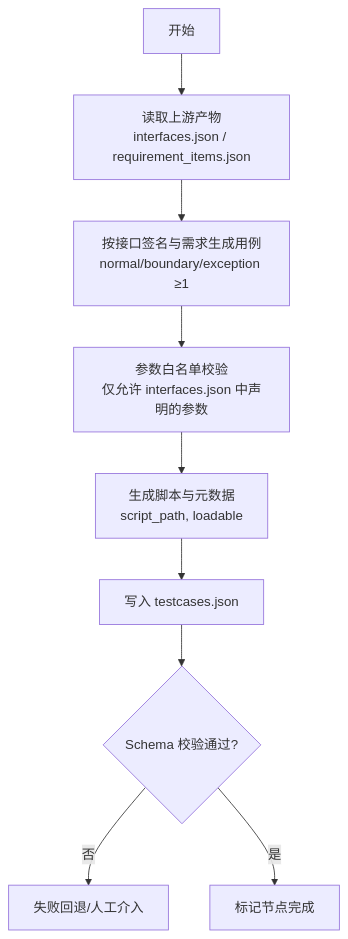
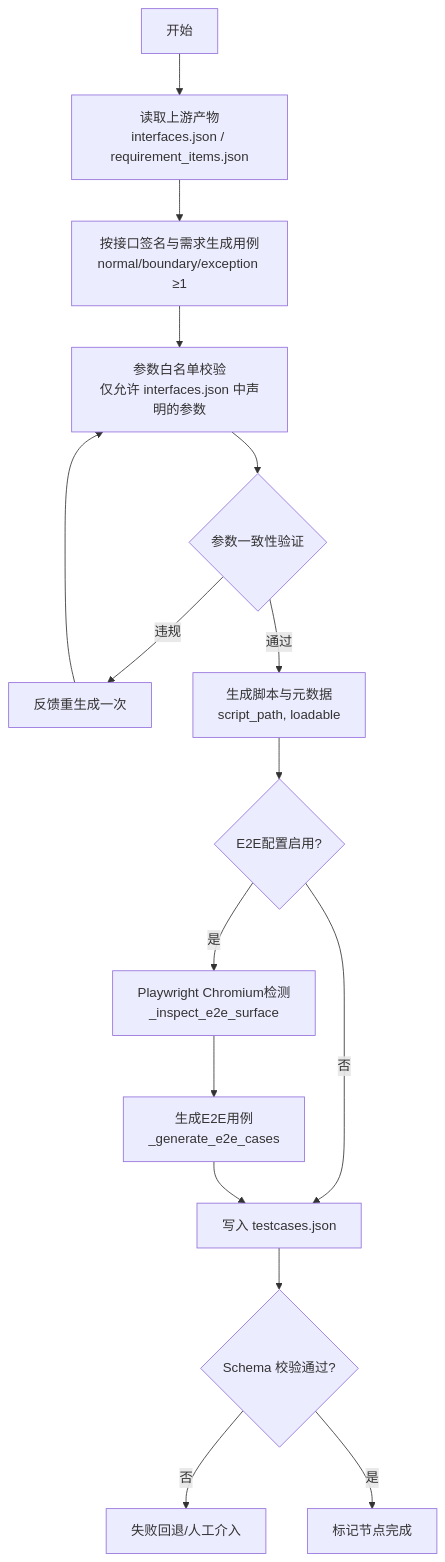
One commit to Joeyzheng001/LLM-AutoTest changed the third of 5 diagrams in .qoder/repowiki/zh/content/流水线工作流/用例生成节点.md. Above: the diagram before and after it, drawn with Mermaid. The commit also changed other lines of this file and 94 other files, not shown here.

````diff
--- a/.qoder/repowiki/zh/content/流水线工作流/用例生成节点.md
+++ b/.qoder/repowiki/zh/content/流水线工作流/用例生成节点.md
@@ -119,11 +147,18 @@
 ```mermaid
 flowchart TD
 S["开始"] --> I["读取上游产物<br/>interfaces.json / requirement_items.json"]
 I --> P["按接口签名与需求生成用例<br/>normal/boundary/exception ≥1"]
 P --> V["参数白名单校验<br/>仅允许 interfaces.json 中声明的参数"]
-V --> T["生成脚本与元数据<br/>script_path, loadable"]
-T --> W["写入 testcases.json"]
+V --> R{"参数一致性验证"}
+R -- 违规 --> RE["反馈重生成一次"]
+RE --> V
+R -- 通过 --> T["生成脚本与元数据<br/>script_path, loadable"]
+T --> E2E{"E2E配置启用?"}
+E2E -- 是 --> E["Playwright Chromium检测<br/>_inspect_e2e_surface"]
+E --> G["生成E2E用例<br/>_generate_e2e_cases"]
+E2E -- 否 --> W["写入 testcases.json"]
+G --> W
 W --> C{"Schema 校验通过?"}
-C -- 否 --> E["失败回退/人工介入"]
+C -- 否 --> ER["失败回退/人工介入"]
 C -- 是 --> N["标记节点完成"]
 ```
````
